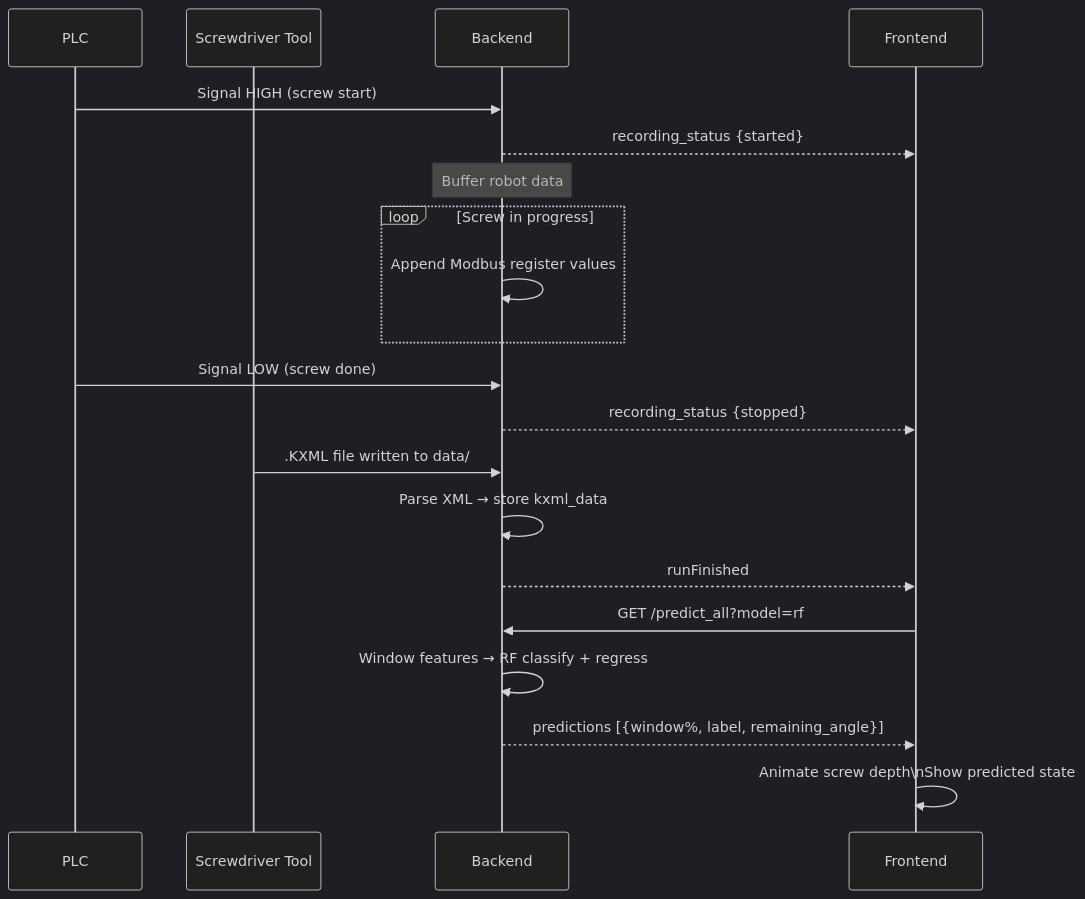
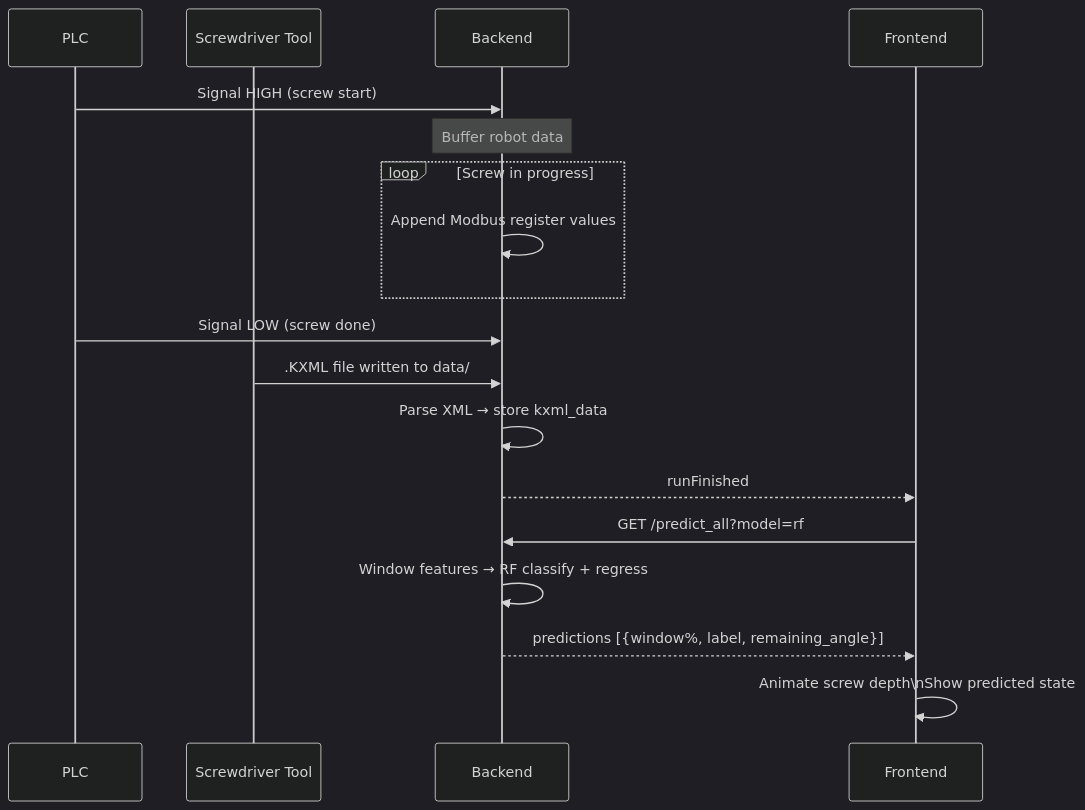
One commit to thelonesomeprogrammer/p6 changed the third of 5 diagrams in FLOWCHARTS.md. Above: the diagram before and after it, drawn with Mermaid (dark theme).

Commit message:
Remove recording status updates from flowchart (#12)
Removed recording status messages from BE to FE.

````diff
--- a/FLOWCHARTS.md
+++ b/FLOWCHARTS.md
@@ -123,28 +123,26 @@
 ```mermaid
 sequenceDiagram
     participant PLC as PLC
     participant Tool as Screwdriver Tool
     participant BE as Backend
     participant FE as Frontend
 
     PLC->>BE: Signal HIGH (screw start)
-    BE-->>FE: recording_status {started}
     Note over BE: Buffer robot data
 
     loop Screw in progress
         BE->>BE: Append Modbus register values
     end
 
     PLC->>BE: Signal LOW (screw done)
-    BE-->>FE: recording_status {stopped}
 
     Tool->>BE: .KXML file written to data/
     BE->>BE: Parse XML → store kxml_data
     BE-->>FE: runFinished
 
     FE->>BE: GET /predict_all?model=rf
     BE->>BE: Window features → RF classify + regress
     BE-->>FE: predictions [{window%, label, remaining_angle}]
 
     FE->>FE: Animate screw depth\nShow predicted state
 ```
````
